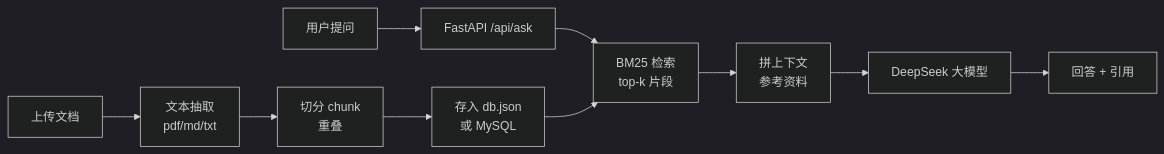
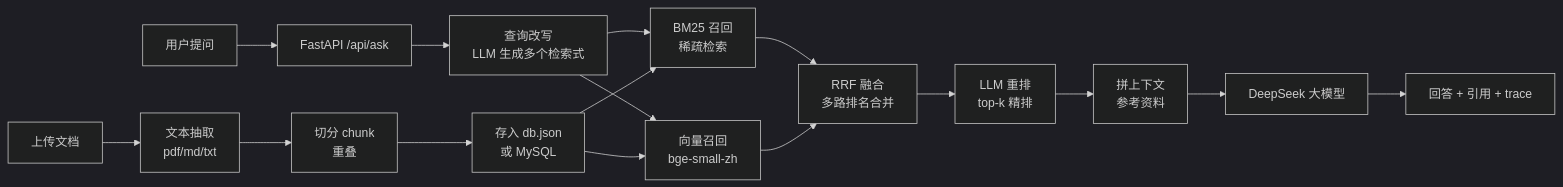
The diagram in README.md (HDC233666/rag-knowledge-base), drawn with Mermaid (dark theme) before and after one commit. The commit also changed other lines of this file and 26 other files, not shown here.

Commit message:
feat: RAG v2 混合检索（BM25+向量 RRF）、查询改写、LLM 重排与检索评估

````diff
--- a/README.md
+++ b/README.md
@@ -33,12 +37,18 @@
 ```mermaid
 flowchart LR
     A[用户提问] --> B[FastAPI /api/ask]
-    B --> C[BM25 检索<br/>top-k 片段]
-    C --> D[拼上下文<br/>参考资料]
+    B --> R[查询改写<br/>LLM 生成多个检索式]
+    R --> C1[BM25 召回<br/>稀疏检索]
+    R --> C2[向量召回<br/>bge-small-zh]
+    C1 --> F[RRF 融合<br/>多路排名合并]
+    C2 --> F
+    F --> G[LLM 重排<br/>top-k 精排]
+    G --> D[拼上下文<br/>参考资料]
     D --> E[DeepSeek 大模型]
-    E --> F[回答 + 引用]
-    U[上传文档] --> G[文本抽取<br/>pdf/md/txt]
-    G --> H[切分 chunk<br/>重叠]
-    H --> I[存入 db.json<br/>或 MySQL]
-    I --> C
+    E --> H[回答 + 引用 + trace]
+    U[上传文档] --> I[文本抽取<br/>pdf/md/txt]
+    I --> J[切分 chunk<br/>重叠]
+    J --> K[存入 db.json<br/>或 MySQL]
+    K --> C1
+    K --> C2
 ```
````
